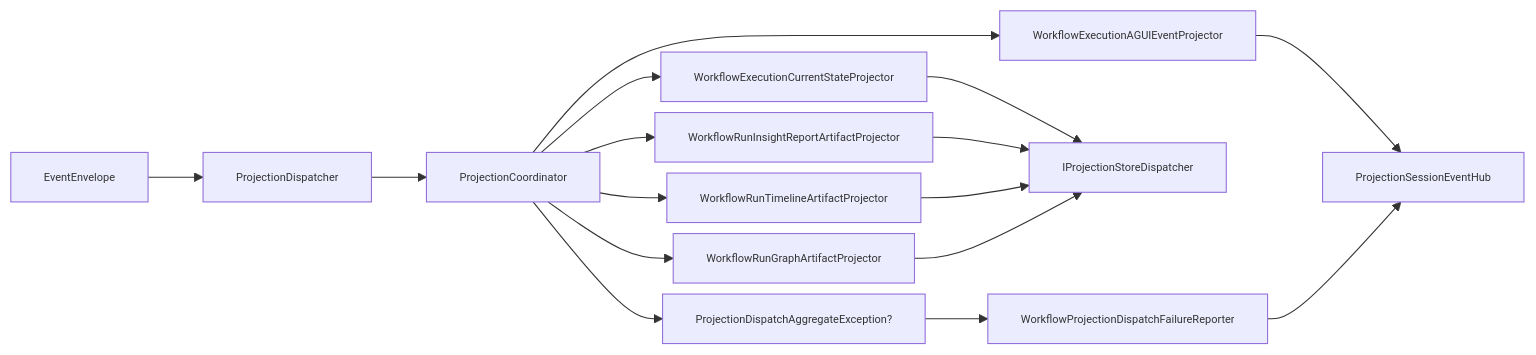
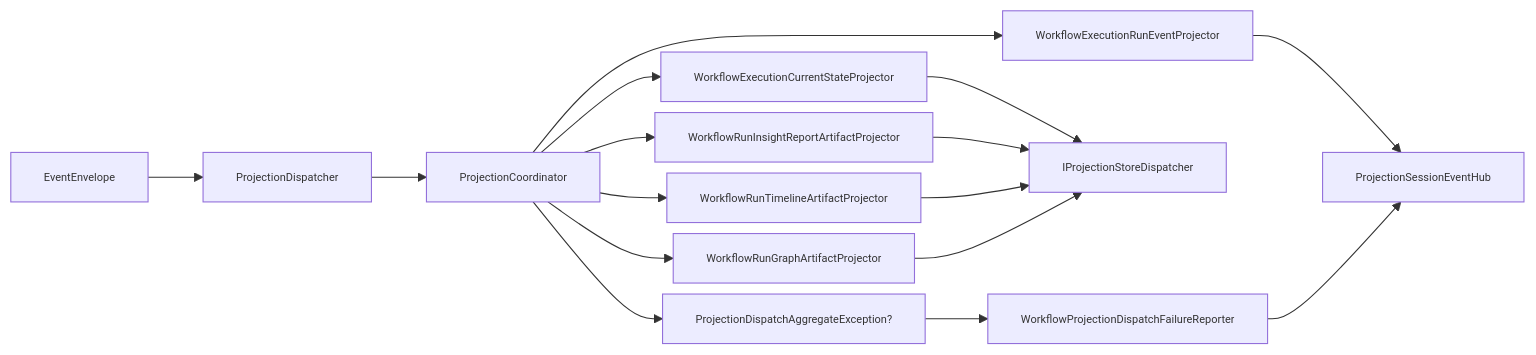
One commit to aevatarAI/aevatar changed the fourth of 5 diagrams in docs/canon/llm-streaming.md. Above: the diagram before and after it, drawn with Mermaid. The commit also changed other lines of this file and 2 other files, not shown here.

First line of the commit message:
Update workflow streaming canon to current run-event projector names (cluster-015)

````diff
--- a/docs/canon/llm-streaming.md
+++ b/docs/canon/llm-streaming.md
@@ -237,19 +238,19 @@
 ```mermaid
 %%{init: {"maxTextSize": 100000, "flowchart": {"useMaxWidth": false, "nodeSpacing": 10, "rankSpacing": 50}, "themeVariables": {"fontSize": "10px"}}}%%
 flowchart LR
     EV["EventEnvelope"] --> DIS["ProjectionDispatcher"]
     DIS --> CO["ProjectionCoordinator"]
     CO --> P1["WorkflowExecutionCurrentStateProjector"]
     CO --> P2["WorkflowRunInsightReportArtifactProjector"]
     CO --> P3["WorkflowRunTimelineArtifactProjector"]
     CO --> P4["WorkflowRunGraphArtifactProjector"]
-    CO --> P5["WorkflowExecutionAGUIEventProjector"]
+    CO --> P5["WorkflowExecutionRunEventProjector"]
     P1 --> STORE["IProjectionStoreDispatcher"]
     P2 --> STORE
     P3 --> STORE
     P4 --> STORE
     P5 --> HUB["ProjectionSessionEventHub"]
     CO --> AGG["ProjectionDispatchAggregateException?"]
     AGG --> REP["WorkflowProjectionDispatchFailureReporter"]
     REP --> HUB
 ```
````
